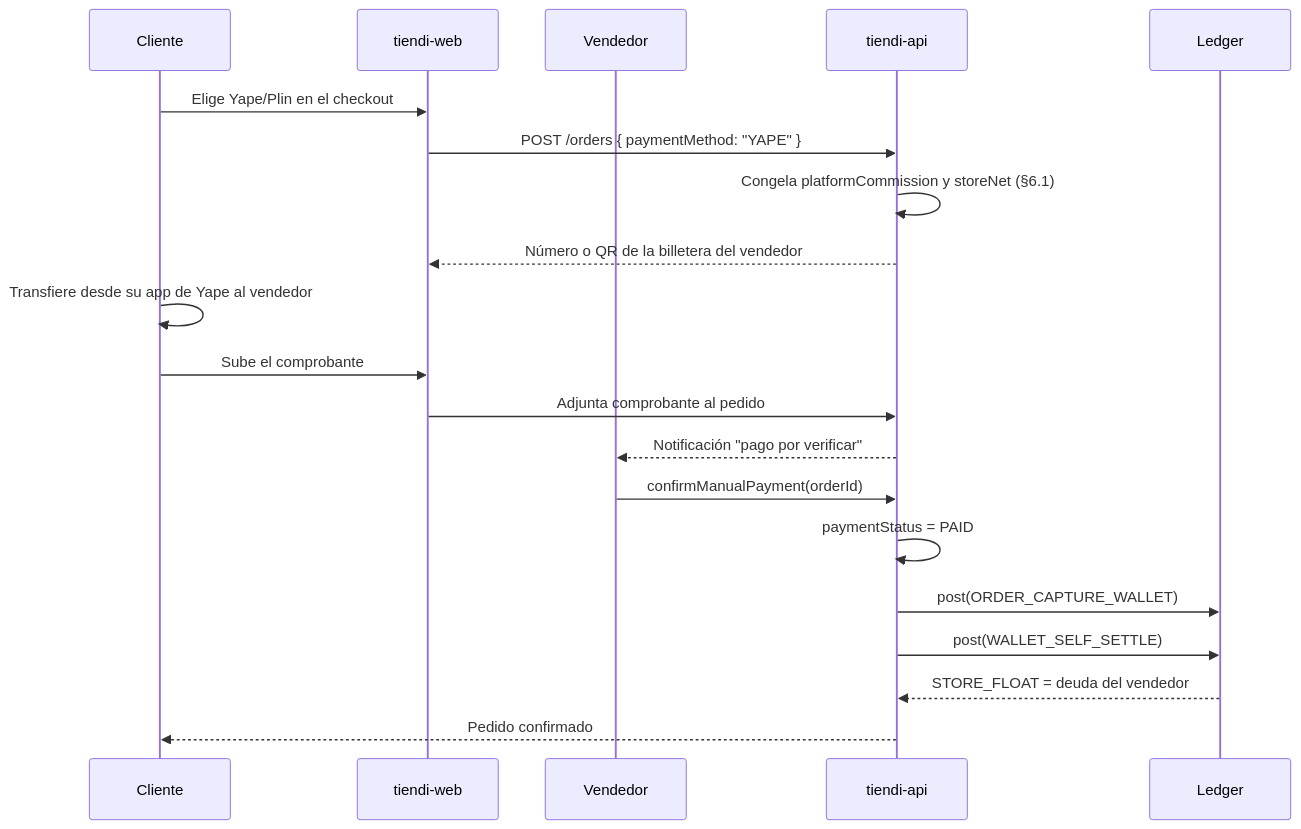
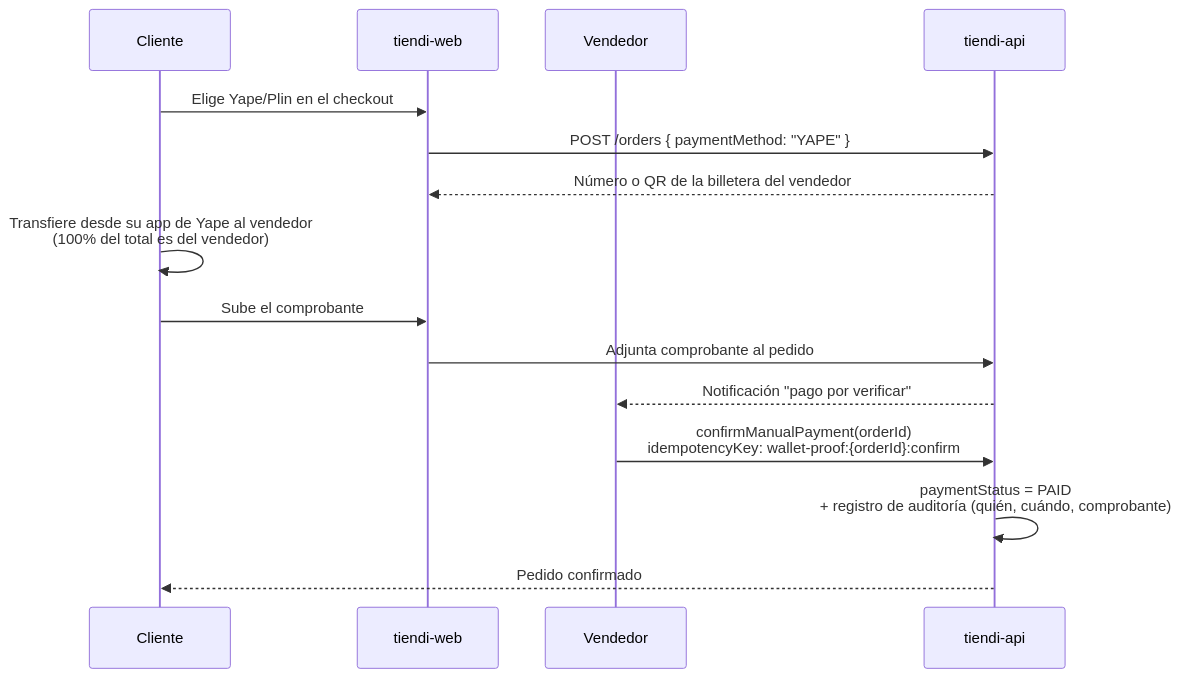
The seventh of 19 diagrams in DOCS/FLUJO_DINERO.md (kanoso/ecommcerce-saas-sonet), drawn with Mermaid before and after one commit. The commit also changed other lines of this file and 2 other files, not shown here.

````diff
--- a/DOCS/FLUJO_DINERO.md
+++ b/DOCS/FLUJO_DINERO.md
@@ -529,23 +524,18 @@
 ```mermaid
 sequenceDiagram
     participant C as Cliente
     participant W as tiendi-web
     participant V as Vendedor
     participant API as tiendi-api
-    participant L as Ledger
 
     C->>W: Elige Yape/Plin en el checkout
     W->>API: POST /orders { paymentMethod: "YAPE" }
-    API->>API: Congela platformCommission y storeNet (§6.1)
     API-->>W: Número o QR de la billetera del vendedor
-    C->>C: Transfiere desde su app de Yape al vendedor
+    C->>C: Transfiere desde su app de Yape al vendedor<br/>(100% del total es del vendedor)
     C->>W: Sube el comprobante
     W->>API: Adjunta comprobante al pedido
     API-->>V: Notificación "pago por verificar"
-    V->>API: confirmManualPayment(orderId)
-    API->>API: paymentStatus = PAID
-    API->>L: post(ORDER_CAPTURE_WALLET)
-    API->>L: post(WALLET_SELF_SETTLE)
-    L-->>API: STORE_FLOAT = deuda del vendedor
+    V->>API: confirmManualPayment(orderId)<br/>idempotencyKey: wallet-proof:{orderId}:confirm
+    API->>API: paymentStatus = PAID<br/>+ registro de auditoría (quién, cuándo, comprobante)
     API-->>C: Pedido confirmado
 ```
````
